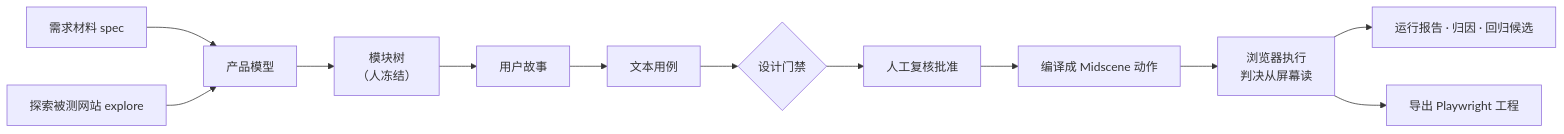
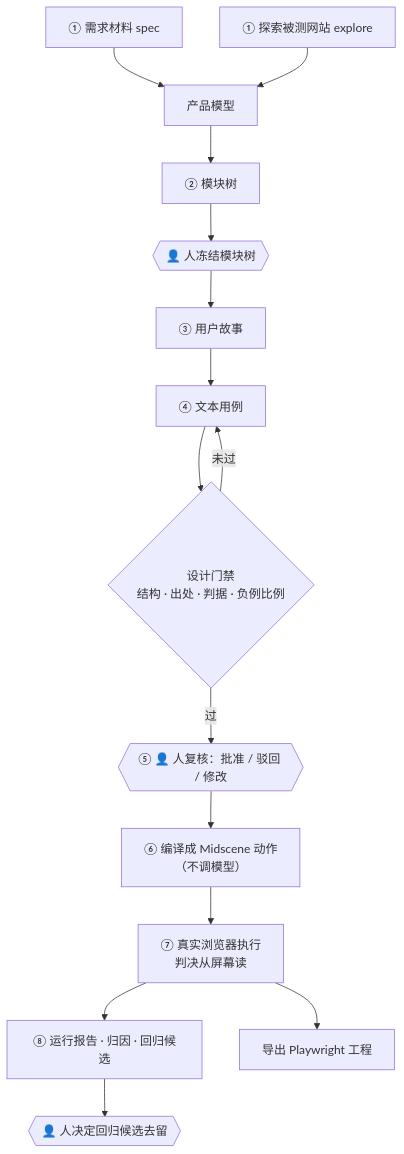
Before and after one commit to zyonlab/TestPilot: the first of 2 diagrams in README.md, drawn with Mermaid. The commit also changed other lines of this file and 2 other files, not shown here.

First line of the commit message:
docs: README 改成一条走得通的主线——图、截图和说明之前是分家的

````diff
--- a/README.md
+++ b/README.md
@@ -50,14 +52,17 @@
 ```mermaid
-flowchart LR
-  S["需求材料 spec"] --> PM["产品模型"]
-  E["探索被测网站 explore"] --> PM
-  PM --> MT["模块树<br/>（人冻结）"]
-  MT --> ST["用户故事"]
-  ST --> TC["文本用例"]
-  TC --> G1{"设计门禁"}
-  G1 --> RV["人工复核批准"]
-  RV --> CG["编译成 Midscene 动作"]
-  CG --> EX["浏览器执行<br/>判决从屏幕读"]
-  EX --> RP["运行报告 · 归因 · 回归候选"]
+flowchart TD
+  S["① 需求材料 spec"] --> PM["产品模型"]
+  E["① 探索被测网站 explore"] --> PM
+  PM --> MT["② 模块树"]
+  MT --> FZ{{"👤 人冻结模块树"}}
+  FZ --> ST["③ 用户故事"]
+  ST --> TC["④ 文本用例"]
+  TC --> G1{"设计门禁<br/>结构 · 出处 · 判据 · 负例比例"}
+  G1 -- 未过 --> TC
+  G1 -- 过 --> RV{{"⑤ 👤 人复核：批准 / 驳回 / 修改"}}
+  RV --> CG["⑥ 编译成 Midscene 动作<br/>（不调模型）"]
+  CG --> EX["⑦ 真实浏览器执行<br/>判决从屏幕读"]
+  EX --> RP["⑧ 运行报告 · 归因 · 回归候选"]
   EX --> PW["导出 Playwright 工程"]
+  RP --> RG{{"👤 人决定回归候选去留"}}
 ```
````
